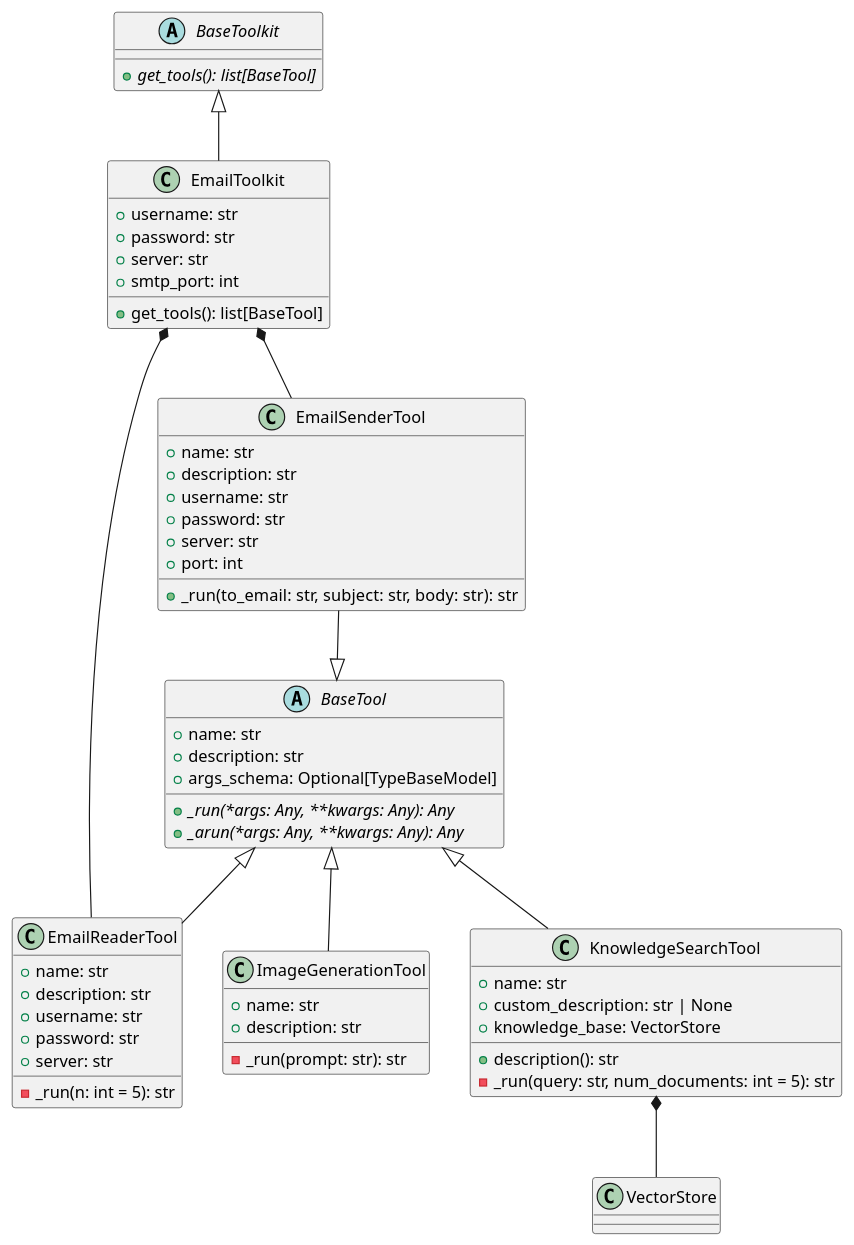
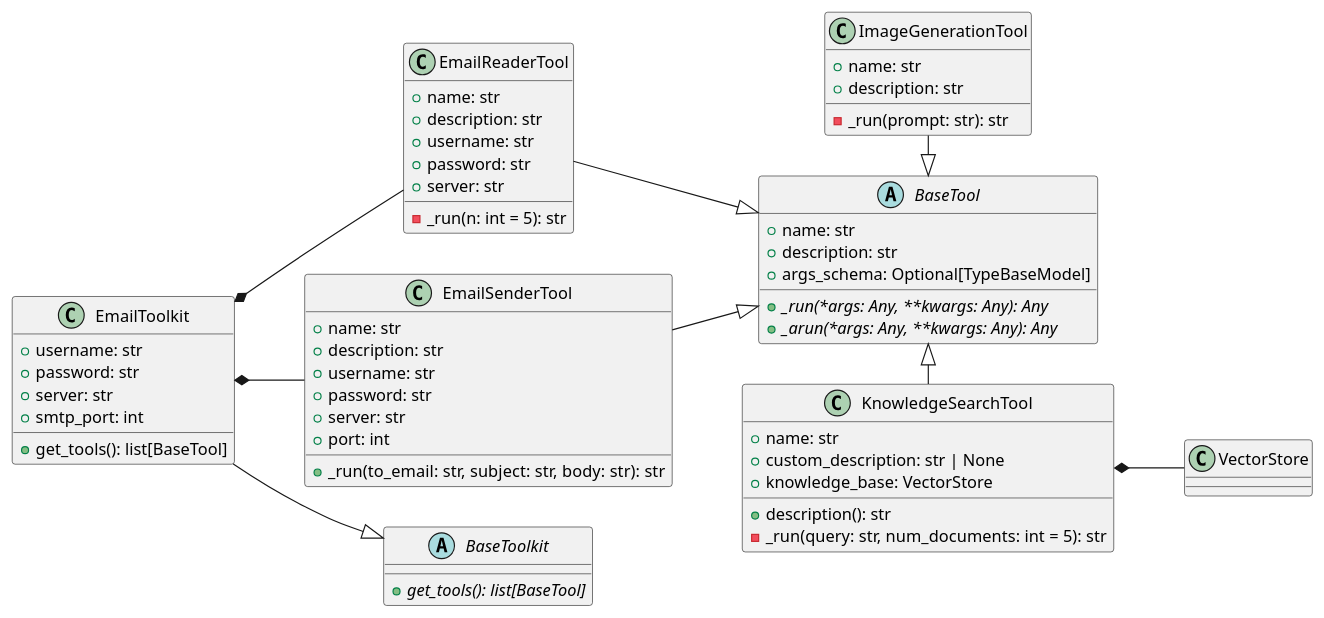
The diagram in docs/uml/tools.puml (VicentGJ/assistant-core), drawn with PlantUML before and after one commit. The commit also changed 2 other files, not shown here.

```diff
--- a/docs/uml/tools.puml
+++ b/docs/uml/tools.puml
@@ -1,69 +1,70 @@
 @startuml base
 ' skinparam classAttributeIconSize 0
+left to right direction
 
 class ImageGenerationTool {
   + name: str
   + description: str
   - _run(prompt: str): str
 }
 
 class EmailToolkit {
   + username: str
   + password: str
   + server: str
   + smtp_port: int
   + get_tools(): list[BaseTool]
 }
 
 class EmailReaderTool {
   + name: str
   + description: str
   + username: str
   + password: str
   + server: str
   - _run(n: int = 5): str
 }
 class EmailSenderTool {
   + name: str
   + description: str
   + username: str
   + password: str
   + server: str
   + port: int
 
   + _run(to_email: str, subject: str, body: str): str
 }
 
 class KnowledgeSearchTool {
   + name: str
   + custom_description: str | None
   + knowledge_base: VectorStore
   + description(): str
   - _run(query: str, num_documents: int = 5): str
 }
 
 abstract class BaseTool {
   + name: str
   + description: str
   + args_schema: Optional[TypeBaseModel]
 
   + {abstract} _run(*args: Any, **kwargs: Any): Any
   + {abstract} _arun(*args: Any, **kwargs: Any): Any
 }
 
 abstract class BaseToolkit {
   + {abstract} get_tools(): list[BaseTool]
 }
 
 
-BaseTool <|-- ImageGenerationTool
-BaseTool <|-- EmailReaderTool
+BaseTool <|--left-- ImageGenerationTool
+BaseTool <|--left-- EmailReaderTool
 EmailSenderTool --|> BaseTool
-BaseTool <|-- KnowledgeSearchTool
-BaseToolkit <|-- EmailToolkit
+BaseTool <|--right-- KnowledgeSearchTool
+EmailToolkit --|> BaseToolkit
 
 EmailToolkit *-- EmailReaderTool
 EmailToolkit *-- EmailSenderTool
 KnowledgeSearchTool *-- VectorStore
 
 @enduml
```
